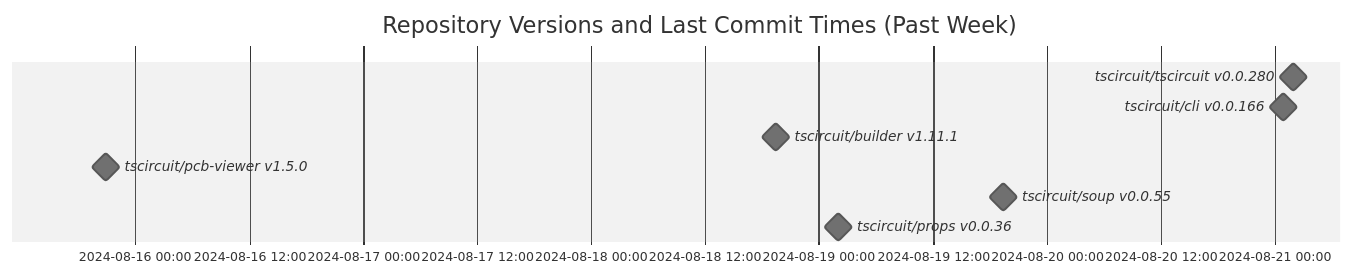
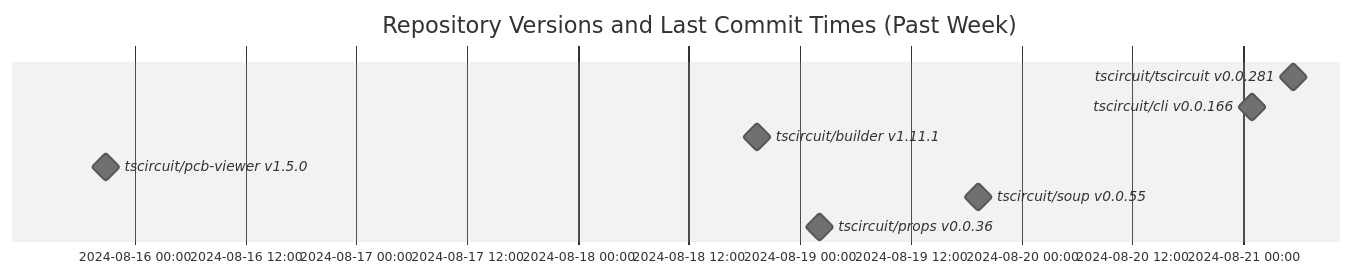
Before and after one commit to tscircuit/version-tracker: the diagram in README.md, drawn with Mermaid (neutral theme).

Commit message:
Update chart

````diff
--- a/README.md
+++ b/README.md
@@ -1,13 +1,13 @@
 ```mermaid
 gantt
   dateFormat  YYYY-MM-DD HH:mm:ss
   title Repository Versions and Last Commit Times (Past Week)
   axisFormat %Y-%m-%d %H:%M
 
-  tscircuit/tscircuit v0.0.280 : milestone, 2024-08-21 01:57:02, 1s
+  tscircuit/tscircuit v0.0.281 : milestone, 2024-08-21 05:23:30, 1s
   tscircuit/cli v0.0.166 : milestone, 2024-08-21 00:55:12, 1s
   tscircuit/builder v1.11.1 : milestone, 2024-08-18 19:26:24, 1s
   tscircuit/pcb-viewer v1.5.0 : milestone, 2024-08-15 20:55:08, 1s
   tscircuit/soup v0.0.55 : milestone, 2024-08-19 19:22:24, 1s
   tscircuit/props v0.0.36 : milestone, 2024-08-19 02:05:19, 1s
 ```
````
